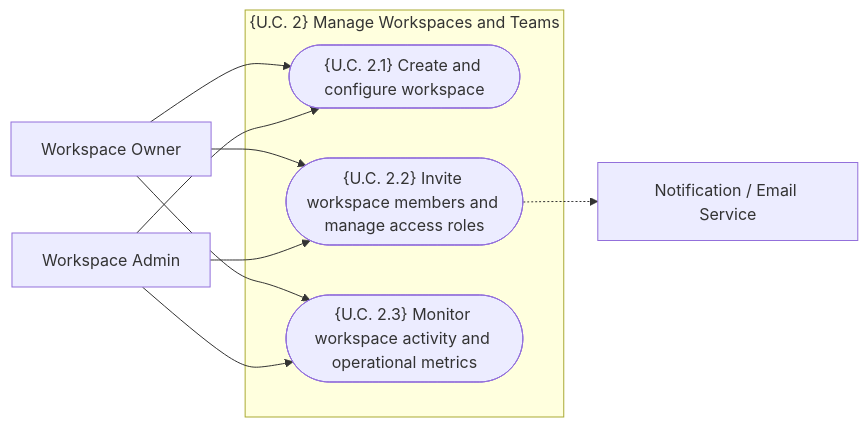
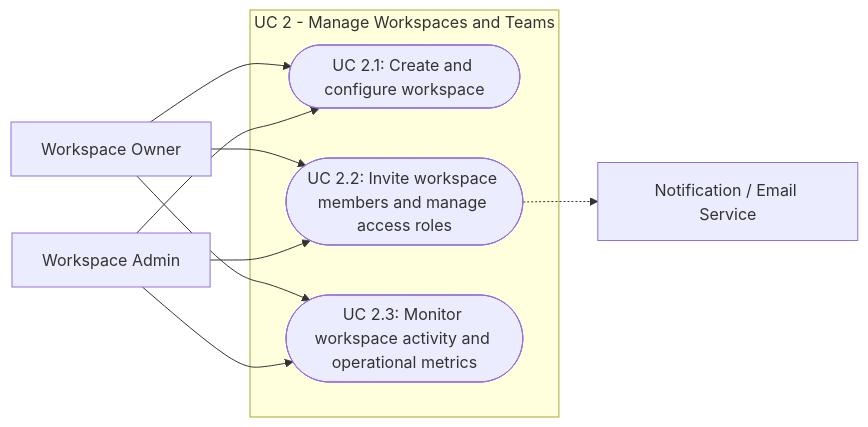
The third of 9 diagrams in cases/Case_01_TinyTask_SaaS/03_PHASE3_SPEC/Doc02_System_Use_Cases.md (pauloribeiro16/aegis-mvp), drawn with Mermaid before and after one commit. The commit also changed other lines of this file and 1 other file, not shown here.

Commit message:
fix(phase3): remove sequence diagrams and use clean error-free UML Use Case diagrams in Doc02

````diff
--- a/cases/Case_01_TinyTask_SaaS/03_PHASE3_SPEC/Doc02_System_Use_Cases.md
+++ b/cases/Case_01_TinyTask_SaaS/03_PHASE3_SPEC/Doc02_System_Use_Cases.md
@@ -329,20 +270,20 @@
 ```mermaid
 flowchart LR
     Owner["Workspace Owner"]
     Admin["Workspace Admin"]
     Email["Notification / Email Service"]
 
-    subgraph UC2_Cluster["{U.C. 2} Manage Workspaces and Teams"]
-        UC2_1(["{U.C. 2.1} Create and configure workspace"])
-        UC2_2(["{U.C. 2.2} Invite workspace members and manage access roles"])
-        UC2_3(["{U.C. 2.3} Monitor workspace activity and operational metrics"])
+    subgraph UC2_Cluster ["UC 2 - Manage Workspaces and Teams"]
+        UC2_1(["UC 2.1: Create and configure workspace"])
+        UC2_2(["UC 2.2: Invite workspace members and manage access roles"])
+        UC2_3(["UC 2.3: Monitor workspace activity and operational metrics"])
     end
 
     Owner --> UC2_1
     Owner --> UC2_2
     Owner --> UC2_3
     Admin --> UC2_1
     Admin --> UC2_2
     Admin --> UC2_3
     UC2_2 -.-> Email
 ```
````
